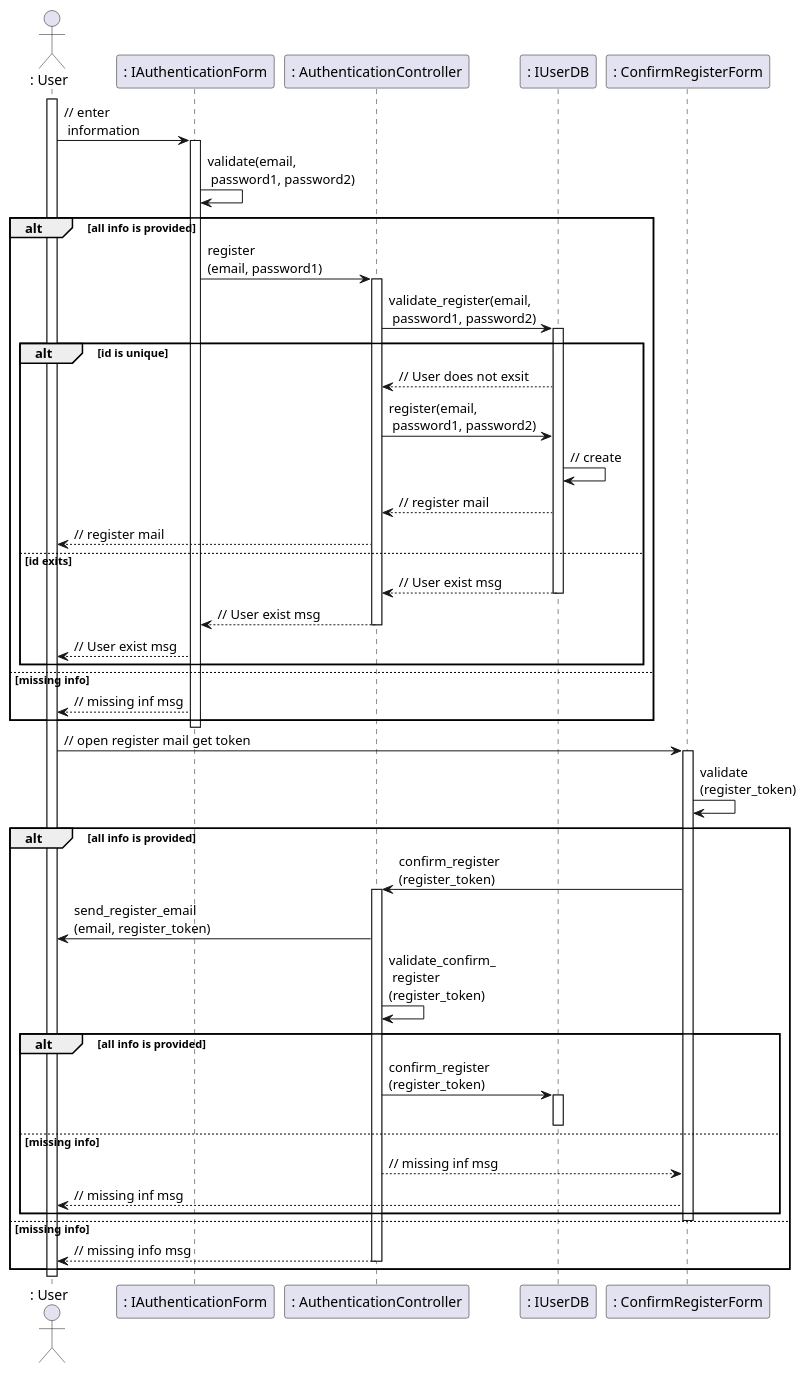
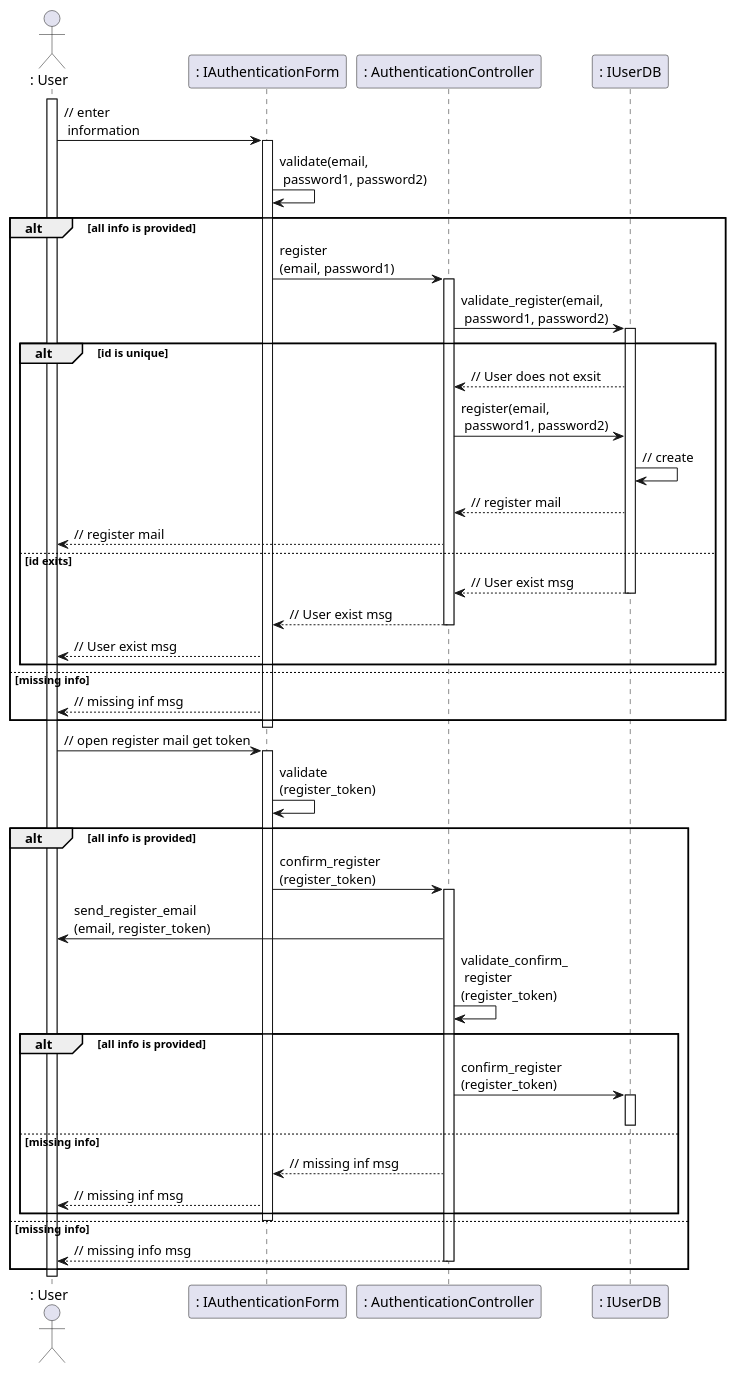
One commit to anonyhostvn/OOAD-Diagram changed the diagram in sequence - design/authentication/register.plantuml. Above: the diagram before and after it, drawn with PlantUML. The commit also changed 1 other file, not shown here.

```diff
--- a/sequence - design/authentication/register.plantuml
+++ b/sequence - design/authentication/register.plantuml
@@ -1,69 +1,68 @@
 @startuml
 actor ": User"
 
 activate ": User"
 ": User" -> ": IAuthenticationForm" : // enter \n information
 activate ": IAuthenticationForm"
 ": IAuthenticationForm" -> ": IAuthenticationForm" : validate(email,\n password1, password2)
 
 alt all info is provided
 
 ": IAuthenticationForm" -> ": AuthenticationController" : register\n(email, password1)
 activate ": AuthenticationController"
 ": AuthenticationController" -> ": IUserDB" : validate_register(email,\n password1, password2)
 activate ": IUserDB"
 
 alt id is unique
 
 ": IUserDB" --> ": AuthenticationController" : // User does not exsit
 ": AuthenticationController" -> ": IUserDB" : register(email,\n password1, password2)
 ": IUserDB" -> ": IUserDB" :  // create
 ": IUserDB" --> ": AuthenticationController" : // register mail
 ": AuthenticationController" --> ": User" : // register mail
 
 else id exits
 
 ": IUserDB" --> ": AuthenticationController" : // User exist msg
 deactivate ": IUserDB"
 ": AuthenticationController" --> ": IAuthenticationForm" : // User exist msg
 deactivate ": AuthenticationController"
 ": IAuthenticationForm" --> ": User" : // User exist msg
 end
 
 else missing info
 
 ": IAuthenticationForm" --> ": User" : // missing inf msg
 
 end
 deactivate ": IAuthenticationForm"
-": User" -> ": ConfirmRegisterForm" : // open register mail get token
-activate ": ConfirmRegisterForm"
-": ConfirmRegisterForm" -> ": ConfirmRegisterForm" : validate \n(register_token)
+": User" -> ": IAuthenticationForm" : // open register mail get token
+activate ": IAuthenticationForm"
+": IAuthenticationForm" -> ": IAuthenticationForm" : validate \n(register_token)
 
 alt all info is provided
 
-": ConfirmRegisterForm" -> ": AuthenticationController" : confirm_register \n(register_token)
+": IAuthenticationForm" -> ": AuthenticationController" : confirm_register \n(register_token)
 activate ": AuthenticationController"
 ": AuthenticationController" -> ": User" : send_register_email\n(email, register_token)
 ": AuthenticationController" -> ": AuthenticationController" : validate_confirm_ \n register\n(register_token)
 
 alt all info is provided
 
 ": AuthenticationController" -> ": IUserDB" : confirm_register \n(register_token)
 activate ": IUserDB"
 deactivate ": IUserDB"
 else missing info
 
-": AuthenticationController" --> ": ConfirmRegisterForm" : // missing inf msg
-": ConfirmRegisterForm" --> ": User" : // missing inf msg
+": AuthenticationController" --> ": IAuthenticationForm" : // missing inf msg
+": IAuthenticationForm" --> ": User" : // missing inf msg
 
 end
-deactivate ": ConfirmRegisterForm"
-
+deactivate ": IAuthenticationForm"
 else missing info
 
 ": AuthenticationController" --> ": User" : // missing info msg
 deactivate ": AuthenticationController"
 end
 deactivate ": User"
 @enduml
```
